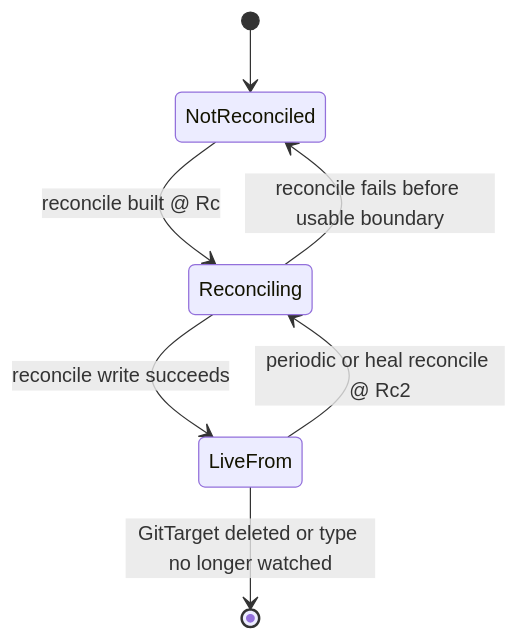
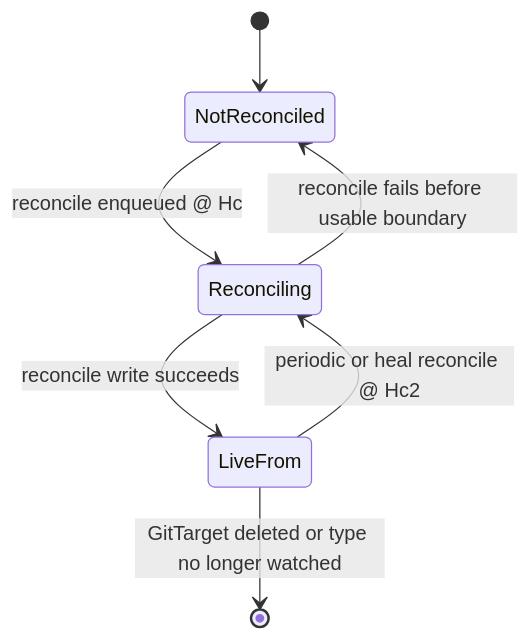
One commit to ConfigButler/gitops-reverser changed the fourth of 7 diagrams in docs/design/stream/signing-snapshot-tail-replay-failure-investigation.md. Above: the diagram before and after it, drawn with Mermaid. The commit also changed other lines of this file and 2 other files, not shown here.

````diff
--- a/docs/design/stream/signing-snapshot-tail-replay-failure-investigation.md
+++ b/docs/design/stream/signing-snapshot-tail-replay-failure-investigation.md
@@ -295,9 +347,9 @@
 ```mermaid
 stateDiagram-v2
   [*] --> NotReconciled
-  NotReconciled --> Reconciling: reconcile built @ Rc
+  NotReconciled --> Reconciling: reconcile enqueued @ Hc
   Reconciling --> LiveFrom: reconcile write succeeds
   Reconciling --> NotReconciled: reconcile fails before usable boundary
-  LiveFrom --> Reconciling: periodic or heal reconcile @ Rc2
+  LiveFrom --> Reconciling: periodic or heal reconcile @ Hc2
   LiveFrom --> [*]: GitTarget deleted or type no longer watched
 ```
````
